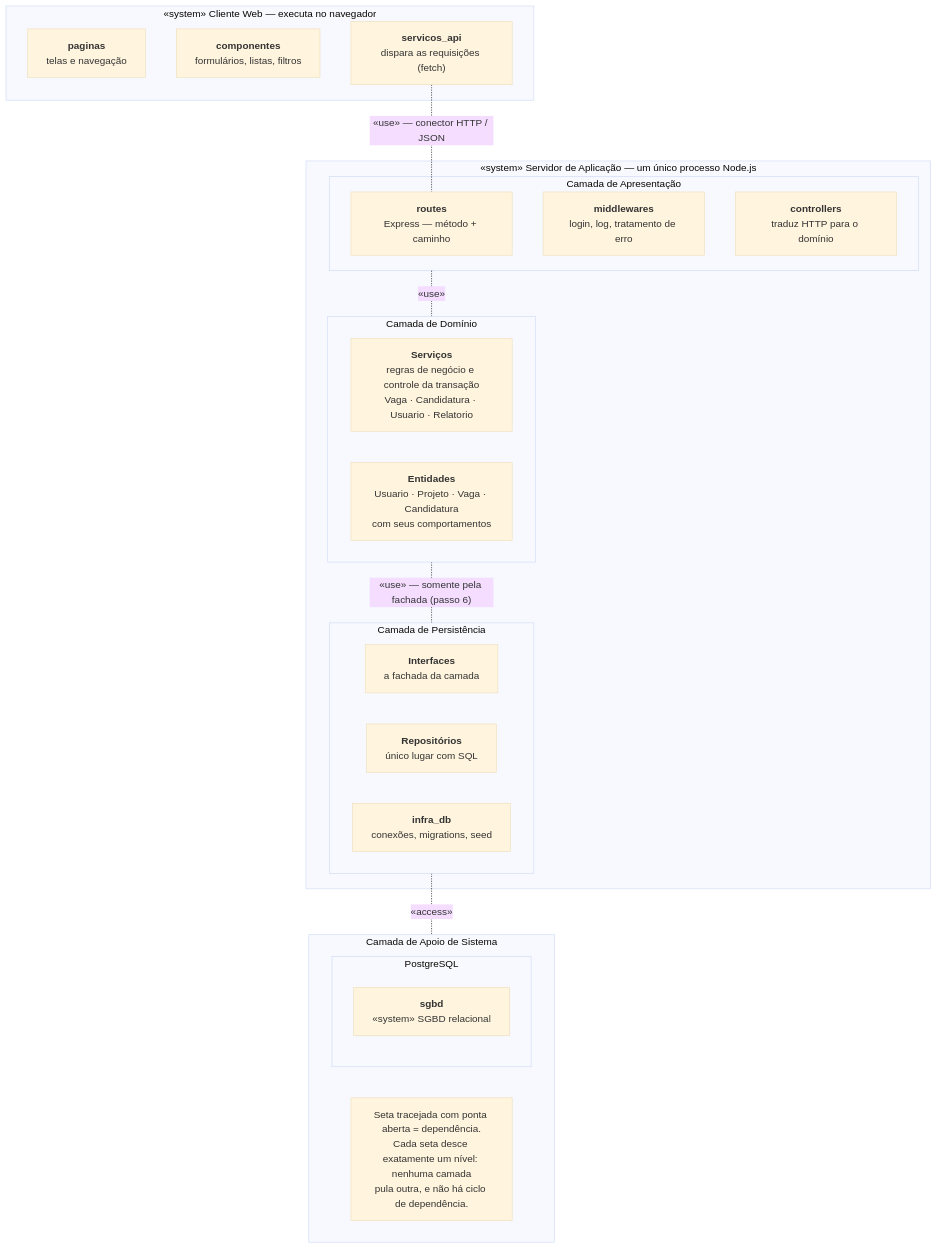
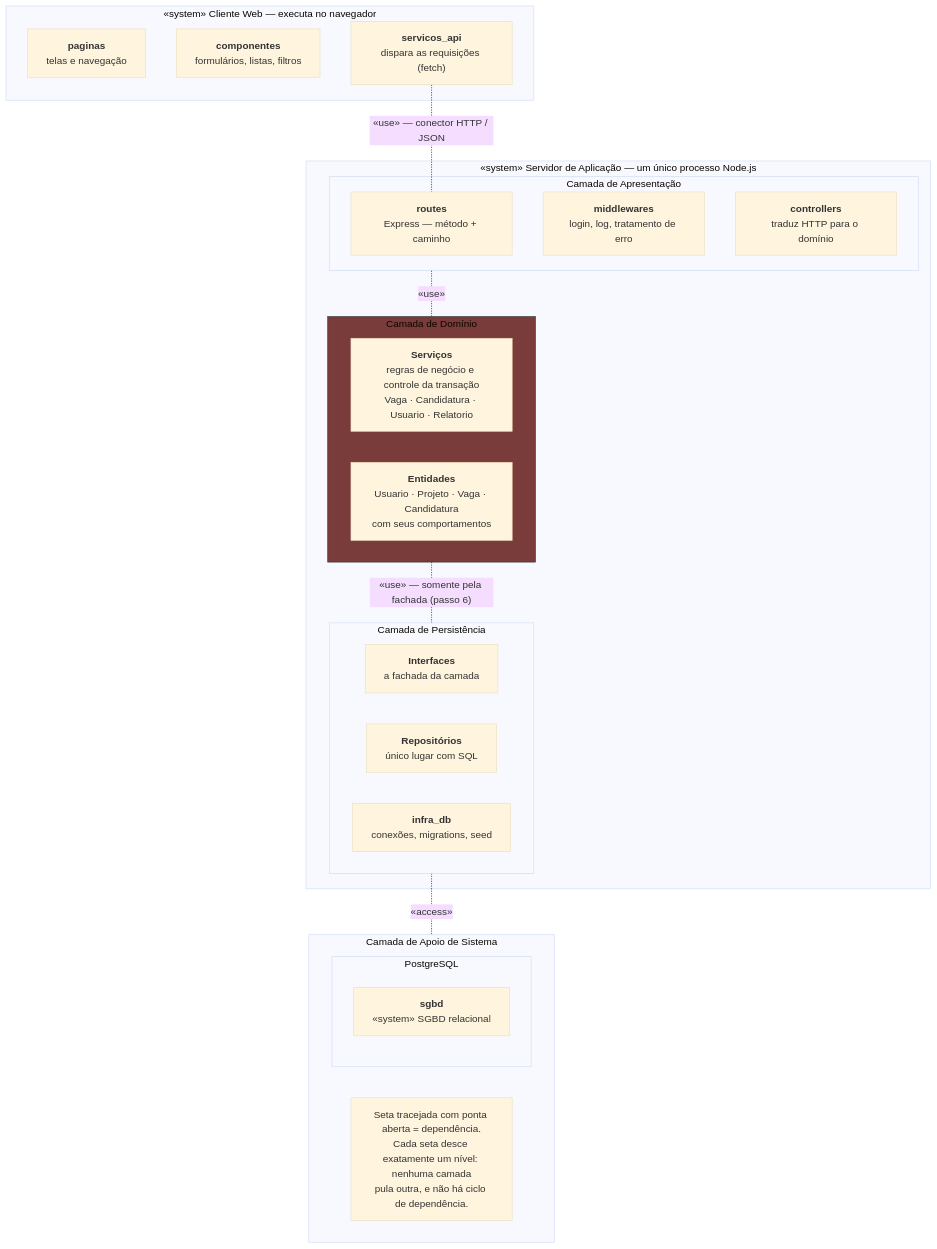
Before and after one commit to joaopaulo902/software-engineering-proj: the diagram in README.md, drawn with Mermaid (base theme). The commit also changed other lines of this file, not shown here.

Commit message:
Detail architecture specifications

````diff
--- a/README.md
+++ b/README.md
@@ -10,45 +12,46 @@
 ```mermaid
 flowchart TB
 
    subgraph ClienteWeb ["&laquo;system&raquo; Cliente Web — executa no navegador"]
       paginas["<b>paginas</b><br>telas e navegação"]
       componentes["<b>componentes</b><br>formulários, listas, filtros"]
       servicos_api["<b>servicos_api</b><br>dispara as requisições (fetch)"]
    end
 
    subgraph ServidorAplicacao ["&laquo;system&raquo; Servidor de Aplicação — um único processo Node.js"]
 
       subgraph Apresentacao ["Camada de Apresentação"]
          routes["<b>routes</b><br>Express — método + caminho"]
          middlewares["<b>middlewares</b><br>login, log, tratamento de erro"]
          controllers["<b>controllers</b><br>traduz HTTP para o domínio"]
       end
 
       subgraph Dominio ["Camada de Domínio"]
          Servicos["<b>Serviços</b><br>regras de negócio e controle da transação<br>Vaga · Candidatura · Usuario · Relatorio"]
          Entidades["<b>Entidades</b><br>Usuario · Projeto · Vaga · Candidatura<br>com seus comportamentos"]
       end
 
       subgraph Persistencia ["Camada de Persistência"]
          Interfaces["<b>Interfaces</b><br>a fachada da camada"]
          Repositorios["<b>Repositórios</b><br>único lugar com SQL"]
          infra_db["<b>infra_db</b><br>conexões, migrations, seed"]
       end
 
    end
 
    subgraph Apoio ["Camada de Apoio de Sistema"]
       subgraph postgres ["PostgreSQL"]
          sgbd["<b>sgbd</b><br>&laquo;system&raquo; SGBD relacional"]
       end
       note1["Seta tracejada com ponta aberta = dependência.<br>Cada seta desce exatamente um nível: nenhuma camada<br>pula outra, e não há ciclo de dependência."]
    end
 
 %% Relacionamentos (Conectando os nós internos diretos)
    servicos_api -.- |"&laquo;use&raquo; — conector HTTP / JSON"| routes
    Apresentacao -.- |"&laquo;use&raquo;"| Dominio
    Dominio -.- |"&laquo;use&raquo; — somente pela fachada (passo 6)"| Persistencia
    Persistencia -.- |"&laquo;access&raquo;"| Apoio
 
 %% Estilização
+   style Dominio fill:#7a3b3b,stroke:#333,stroke-width:1px
 ```
````
